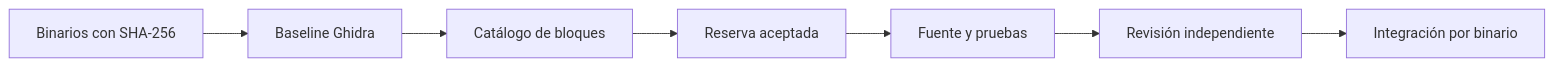
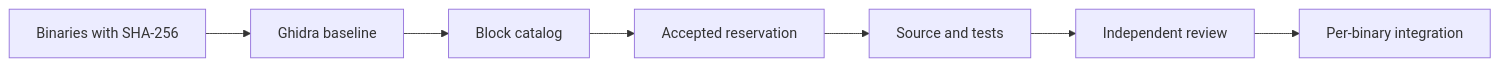
Before and after one commit to Spelunkern/shaiya-ep1-reconstruction: the diagram in README.md, drawn with Mermaid. The commit also changed other lines of this file and 23 other files, not shown here.

````diff
--- a/README.md
+++ b/README.md
@@ -50,9 +49,9 @@
 ```mermaid
 flowchart LR
-  A[Binarios con SHA-256] --> B[Baseline Ghidra]
-  B --> C[Catálogo de bloques]
-  C --> D[Reserva aceptada]
-  D --> E[Fuente y pruebas]
-  E --> F[Revisión independiente]
-  F --> G[Integración por binario]
+  A[Binaries with SHA-256] --> B[Ghidra baseline]
+  B --> C[Block catalog]
+  C --> D[Accepted reservation]
+  D --> E[Source and tests]
+  E --> F[Independent review]
+  F --> G[Per-binary integration]
 ```
````
